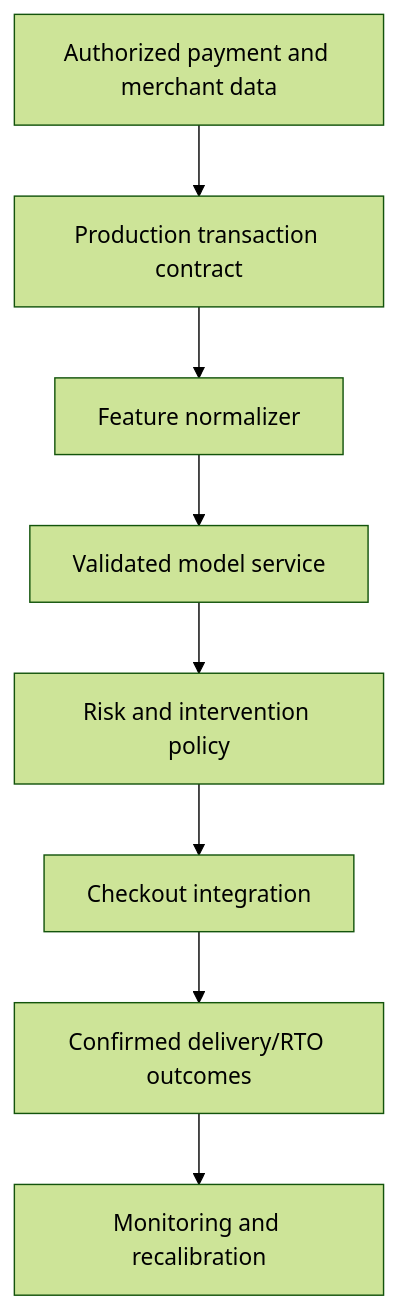
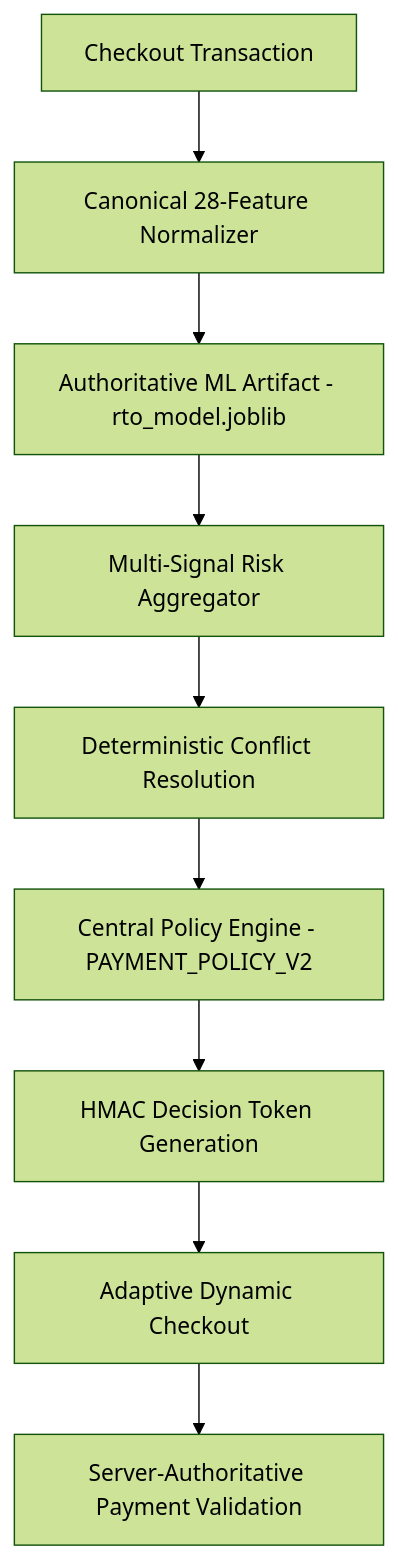
Before and after one commit to gaurika947/RTO-Shield: the diagram in README.md, drawn with Mermaid (forest theme). The commit also changed other lines of this file and 10 other files, not shown here.

````diff
--- a/README.md
+++ b/README.md
@@ -172,10 +52,11 @@
 ```mermaid
 flowchart TD
-    A[Authorized payment and merchant data] --> B[Production transaction contract]
-    B --> C[Feature normalizer]
-    C --> D[Validated model service]
-    D --> E[Risk and intervention policy]
-    E --> F[Checkout integration]
-    F --> G[Confirmed delivery/RTO outcomes]
-    G --> H[Monitoring and recalibration]
+    A[Checkout Transaction] --> B[Canonical 28-Feature Normalizer]
+    B --> C[Authoritative ML Artifact - rto_model.joblib]
+    C --> D[Multi-Signal Risk Aggregator]
+    D --> E[Deterministic Conflict Resolution]
+    E --> F[Central Policy Engine - PAYMENT_POLICY_V2]
+    F --> G[HMAC Decision Token Generation]
+    G --> H[Adaptive Dynamic Checkout]
+    H --> I[Server-Authoritative Payment Validation]
 ```
````
